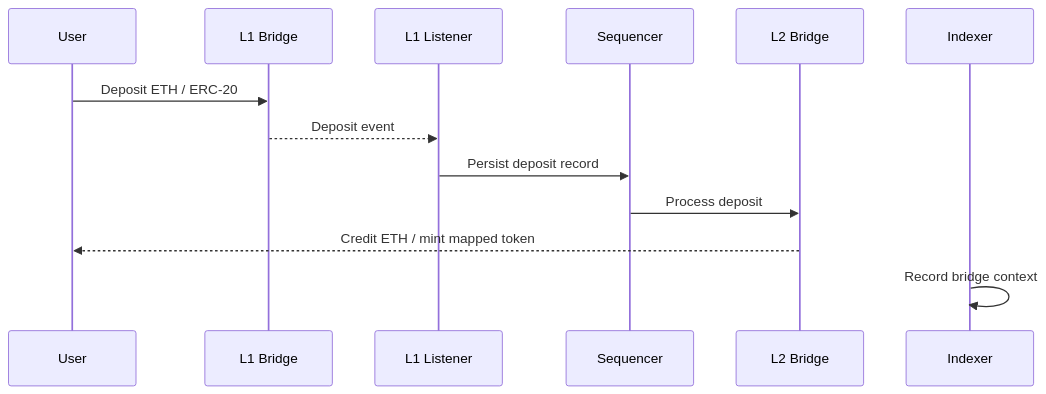
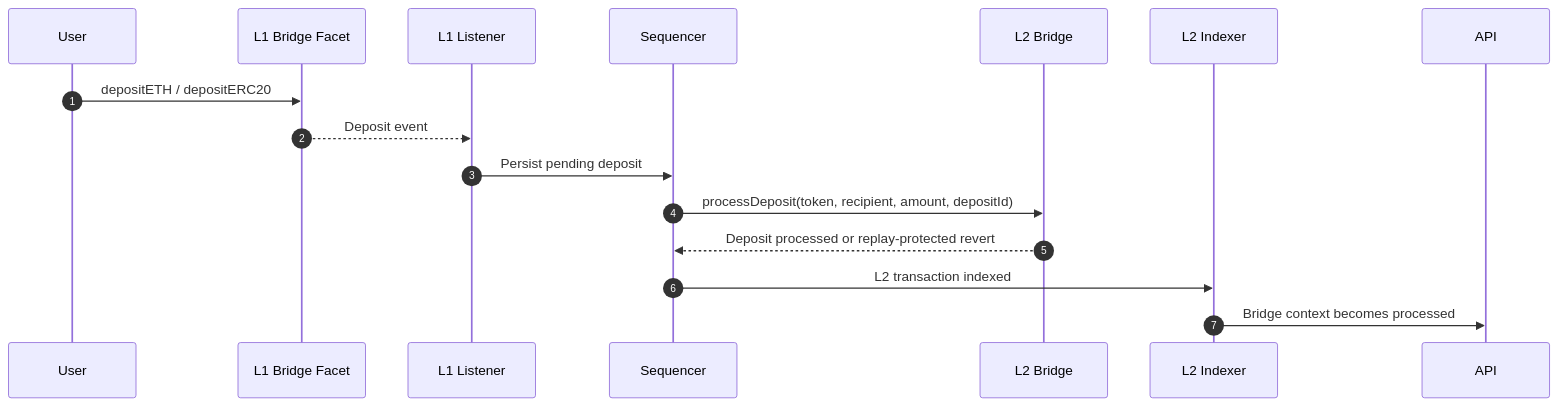
The fourth of 8 diagrams in docs/ARCHITECTURE.md (TeQoin-Blockchain/TeQoin-l2), drawn with Mermaid before and after one commit. The commit also changed other lines of this file and 2 other files, not shown here.

Commit message:
docs(readme): polish architecture visuals

````diff
--- a/docs/ARCHITECTURE.md
+++ b/docs/ARCHITECTURE.md
@@ -139,16 +176,19 @@
 ```mermaid
 sequenceDiagram
+  autonumber
   participant User
-  participant L1Bridge as L1 Bridge
-  participant Listener as L1 Listener
+  participant L1Bridge as L1 Bridge Facet
+  participant L1Indexer as L1 Listener
   participant Sequencer
   participant L2Bridge as L2 Bridge
-  participant Indexer
+  participant L2Indexer as L2 Indexer
+  participant API
 
-  User->>L1Bridge: Deposit ETH / ERC-20
-  L1Bridge-->>Listener: Deposit event
-  Listener->>Sequencer: Persist deposit record
-  Sequencer->>L2Bridge: Process deposit
-  L2Bridge-->>User: Credit ETH / mint mapped token
-  Indexer->>Indexer: Record bridge context
+  User->>L1Bridge: depositETH / depositERC20
+  L1Bridge-->>L1Indexer: Deposit event
+  L1Indexer->>Sequencer: Persist pending deposit
+  Sequencer->>L2Bridge: processDeposit(token, recipient, amount, depositId)
+  L2Bridge-->>Sequencer: Deposit processed or replay-protected revert
+  Sequencer->>L2Indexer: L2 transaction indexed
+  L2Indexer->>API: Bridge context becomes processed
 ```
````
